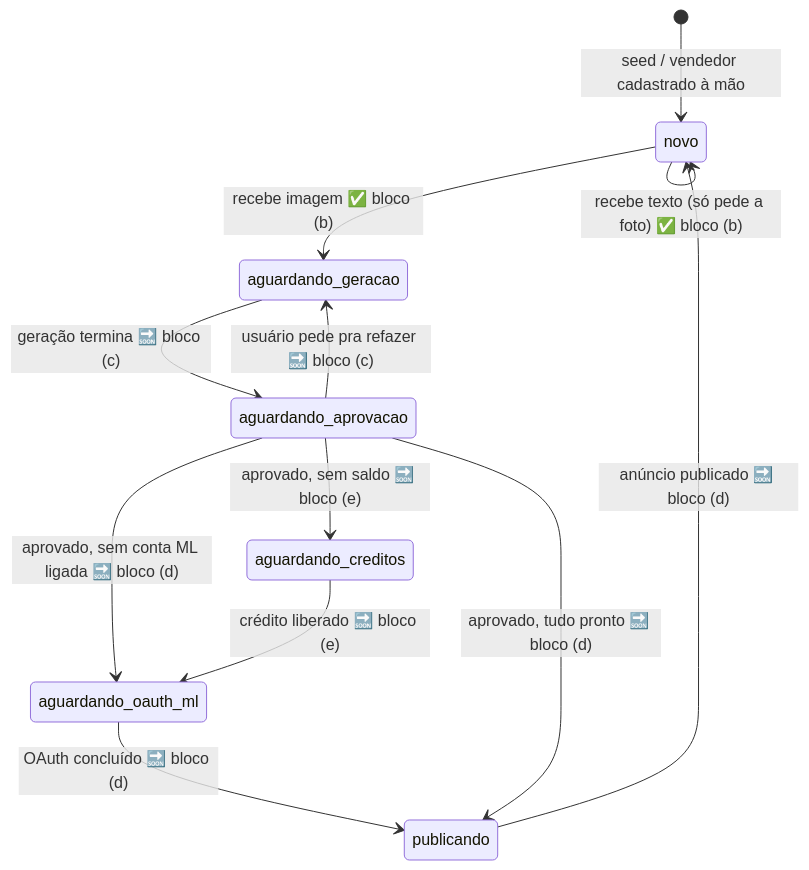
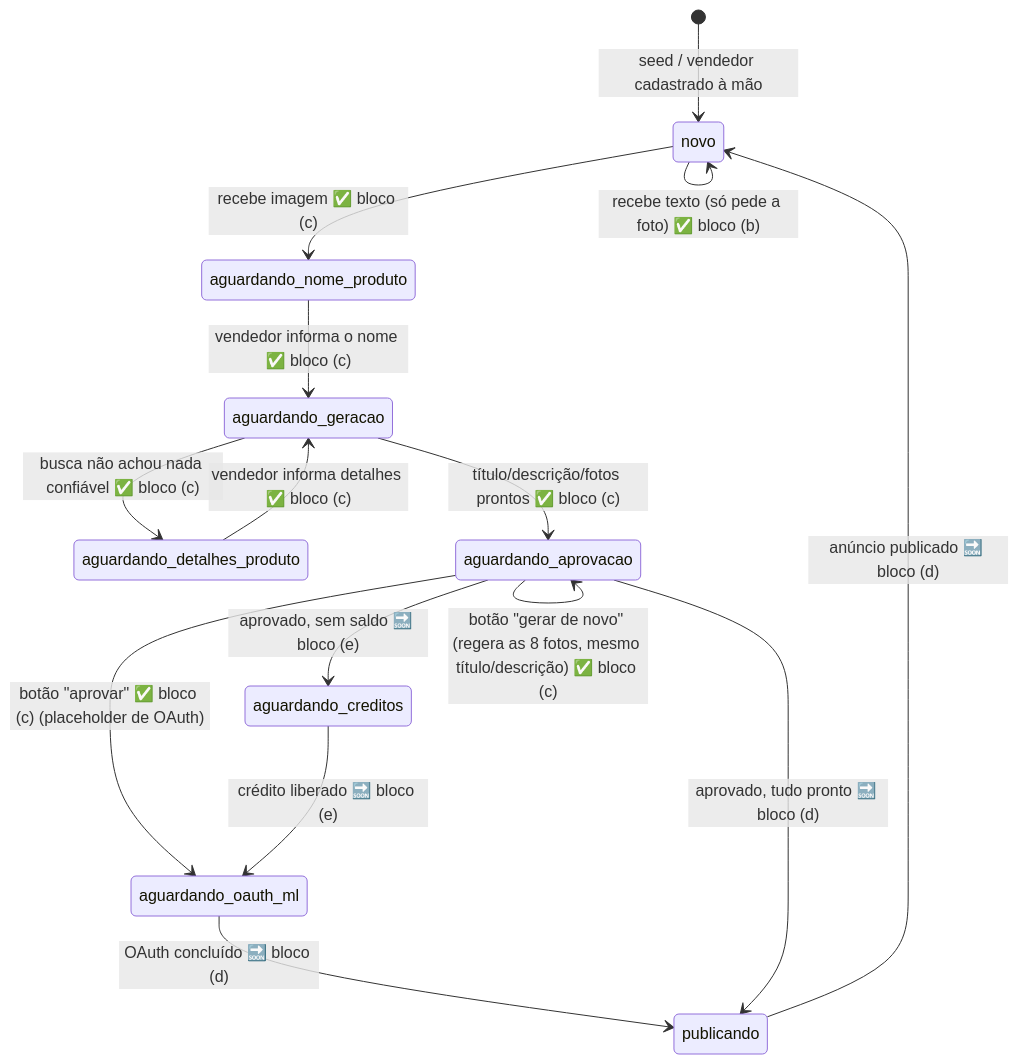
Before and after one commit to henriqueferreiradev/n8n-wpp-sellerup: the diagram in docs/state-machine.md, drawn with Mermaid. The commit also changed other lines of this file and 7 other files, not shown here.

````diff
--- a/docs/state-machine.md
+++ b/docs/state-machine.md
@@ -14,16 +14,20 @@
 ```mermaid
 stateDiagram-v2
     [*] --> novo: seed / vendedor cadastrado à mão
 
-    novo --> aguardando_geracao: recebe imagem ✅ bloco (b)
+    novo --> aguardando_nome_produto: recebe imagem ✅ bloco (c)
     novo --> novo: recebe texto (só pede a foto) ✅ bloco (b)
 
-    aguardando_geracao --> aguardando_aprovacao: geração termina 🔜 bloco (c)
-    aguardando_aprovacao --> aguardando_geracao: usuário pede pra refazer 🔜 bloco (c)
+    aguardando_nome_produto --> aguardando_geracao: vendedor informa o nome ✅ bloco (c)
+    aguardando_geracao --> aguardando_detalhes_produto: busca não achou nada confiável ✅ bloco (c)
+    aguardando_detalhes_produto --> aguardando_geracao: vendedor informa detalhes ✅ bloco (c)
+    aguardando_geracao --> aguardando_aprovacao: título/descrição/fotos prontos ✅ bloco (c)
+
+    aguardando_aprovacao --> aguardando_aprovacao: botão "gerar de novo" (regera as 8 fotos, mesmo título/descrição) ✅ bloco (c)
+    aguardando_aprovacao --> aguardando_oauth_ml: botão "aprovar" ✅ bloco (c) (placeholder de OAuth)
     aguardando_aprovacao --> aguardando_creditos: aprovado, sem saldo 🔜 bloco (e)
-    aguardando_aprovacao --> aguardando_oauth_ml: aprovado, sem conta ML ligada 🔜 bloco (d)
     aguardando_creditos --> aguardando_oauth_ml: crédito liberado 🔜 bloco (e)
     aguardando_oauth_ml --> publicando: OAuth concluído 🔜 bloco (d)
     aguardando_aprovacao --> publicando: aprovado, tudo pronto 🔜 bloco (d)
     publicando --> novo: anúncio publicado 🔜 bloco (d)
 ```
````
